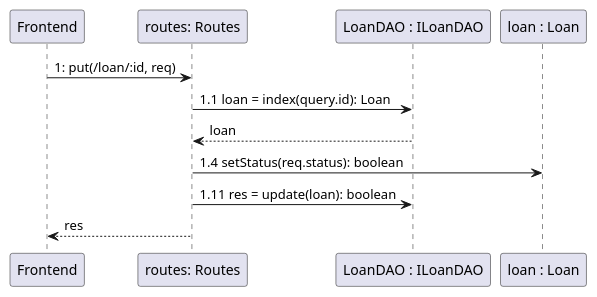
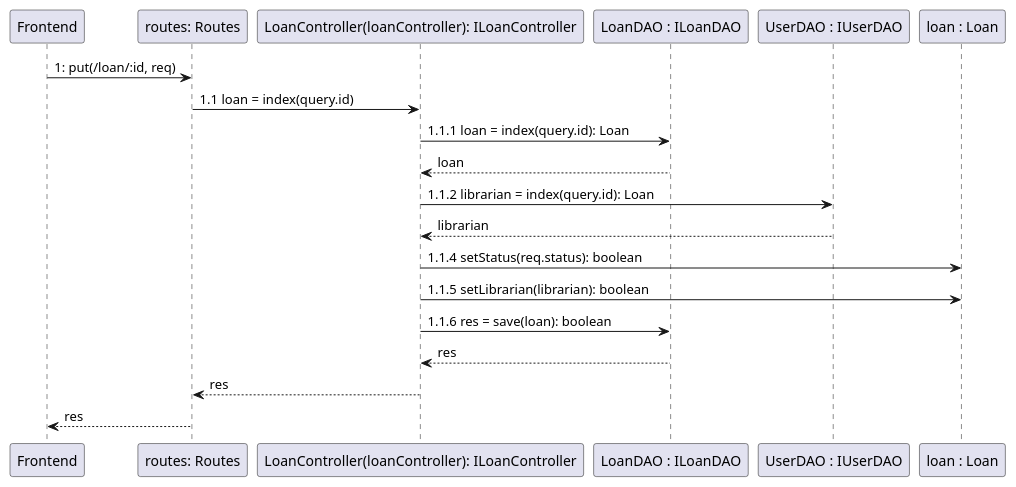
The diagram in project/Diagramas de Seq/loan/update.plantuml (GustavoCunhaLacerda/projeto-es2), drawn with PlantUML before and after one commit. The commit also changed 1856 other files, not shown here.

```diff
--- a/project/Diagramas de Seq/loan/update.plantuml
+++ b/project/Diagramas de Seq/loan/update.plantuml
@@ -1,19 +1,27 @@
 @startuml es2
 skinparam class {
     BackgroundColor Snow
     BorderColor Black
 }
 
 Frontend -> "routes: Routes" : 1: put(/loan/:id, req)
 
 
-"routes: Routes" ->  "LoanDAO : ILoanDAO" : 1.1 loan = index(query.id): Loan
-"routes: Routes" <-- "LoanDAO : ILoanDAO" : loan
+"routes: Routes" ->  "LoanController(loanController): ILoanController" : 1.1 loan = index(query.id)
+"LoanController(loanController): ILoanController" ->  "LoanDAO : ILoanDAO" : 1.1.1 loan = index(query.id): Loan
+"LoanController(loanController): ILoanController" <-- "LoanDAO : ILoanDAO" : loan
+"LoanController(loanController): ILoanController" ->  "UserDAO : IUserDAO" : 1.1.2 librarian = index(query.id): Loan
+"LoanController(loanController): ILoanController" <-- "UserDAO : IUserDAO" : librarian
 
-"routes: Routes" -> "loan : Loan" : 1.4 setStatus(req.status): boolean
+"LoanController(loanController): ILoanController" -> "loan : Loan" : 1.1.4 setStatus(req.status): boolean
+"LoanController(loanController): ILoanController" -> "loan : Loan" : 1.1.5 setLibrarian(librarian): boolean
 
-"routes: Routes" -> "LoanDAO : ILoanDAO" : 1.11 res = update(loan): boolean
+"LoanController(loanController): ILoanController" -> "LoanDAO : ILoanDAO" : 1.1.6 res = save(loan): boolean
+"LoanController(loanController): ILoanController" <-- "LoanDAO : ILoanDAO" : res
+
+"routes: Routes" <-- "LoanController(loanController): ILoanController" : res
+
 
 "routes: Routes" --> Frontend : res
 
 @enduml
```
